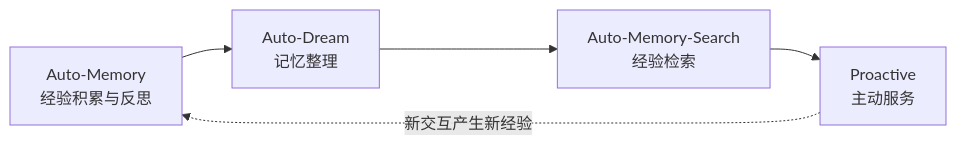
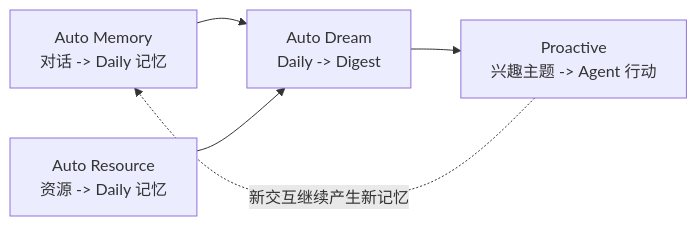
One commit to agentscope-ai/QwenPaw changed the diagram in website/public/docs/memory-evolving-and-proactive.zh.md. Above: the diagram before and after it, drawn with Mermaid. The commit also changed other lines of this file and 5 other files, not shown here.

````diff
--- a/website/public/docs/memory-evolving-and-proactive.zh.md
+++ b/website/public/docs/memory-evolving-and-proactive.zh.md
@@ -17,7 +13,7 @@
 ```mermaid
 graph LR
-    A[Auto-Memory<br/>经验积累与反思] --> B[Auto-Dream<br/>记忆整理]
-    B --> C[Auto-Memory-Search<br/>经验检索]
-    C --> D[Proactive<br/>主动服务]
-    D -.->|新交互产生新经验| A
+    A[Auto Memory<br/>对话 -> Daily 记忆] --> C[Auto Dream<br/>Daily -> Digest]
+    B[Auto Resource<br/>资源 -> Daily 记忆] --> C
+    C --> D[Proactive<br/>兴趣主题 -> Agent 行动]
+    D -.->|新交互继续产生新记忆| A
 ```
````
